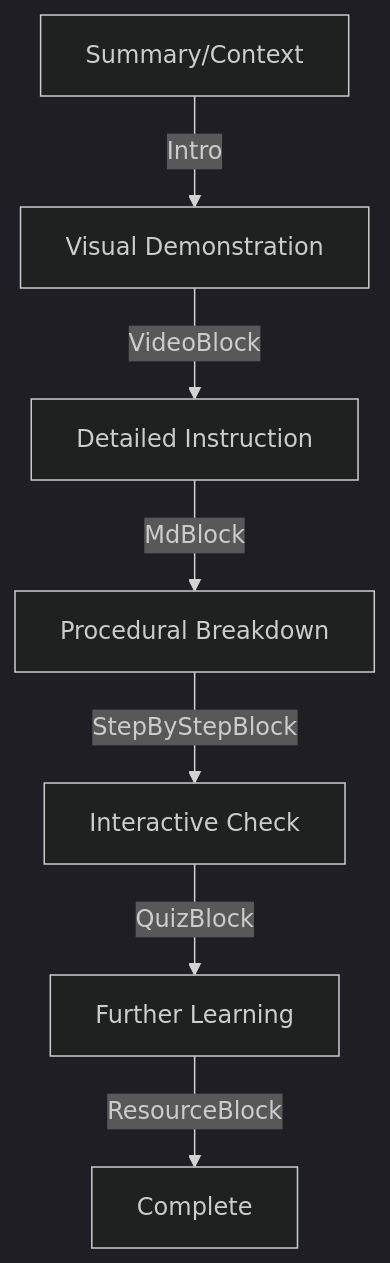
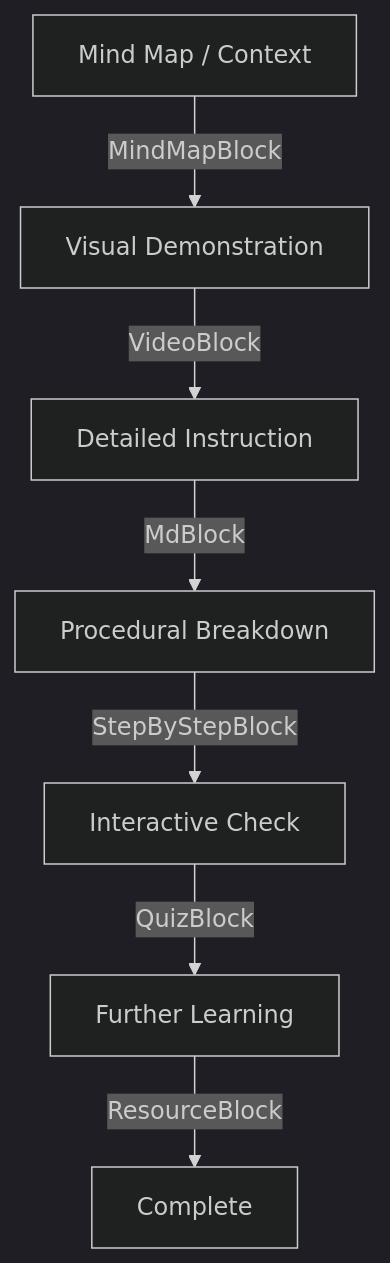
The diagram in .agent/skills/coursify-studio/references/workflows.md (hasanraiyan/resume), drawn with Mermaid (dark theme) before and after one commit. The commit also changed other lines of this file and 13 other files, not shown here.

````diff
--- a/.agent/skills/coursify-studio/references/workflows.md
+++ b/.agent/skills/coursify-studio/references/workflows.md
@@ -7,9 +7,9 @@
 ```mermaid
 graph TD
-    A[Summary/Context] -->|Intro| B[Visual Demonstration]
+    A[Mind Map / Context] -->|MindMapBlock| B[Visual Demonstration]
     B -->|VideoBlock| C[Detailed Instruction]
     C -->|MdBlock| D[Procedural Breakdown]
     D -->|StepByStepBlock| E[Interactive Check]
     E -->|QuizBlock| F[Further Learning]
     F -->|ResourceBlock| G[Complete]
 ```
````
